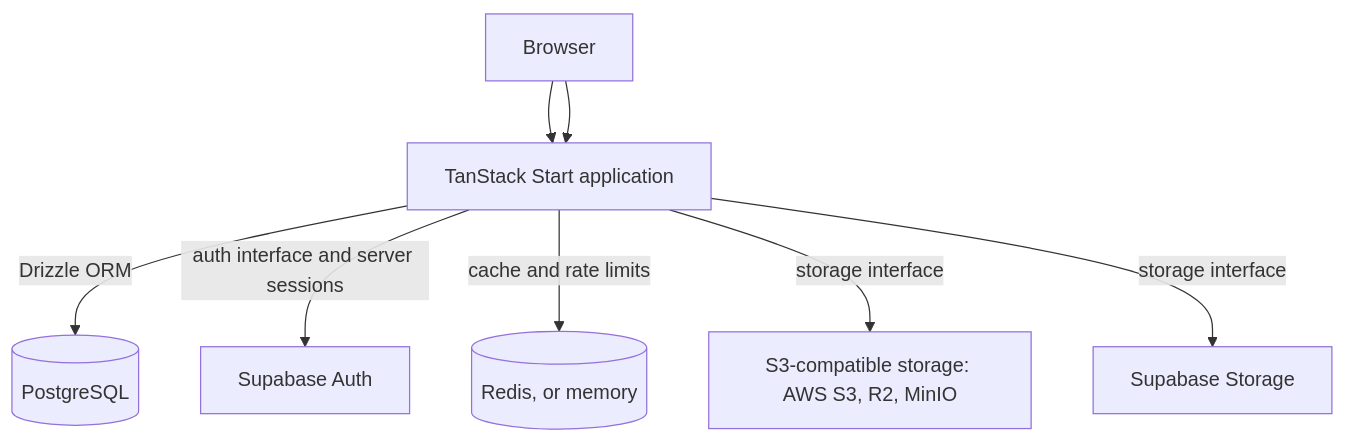
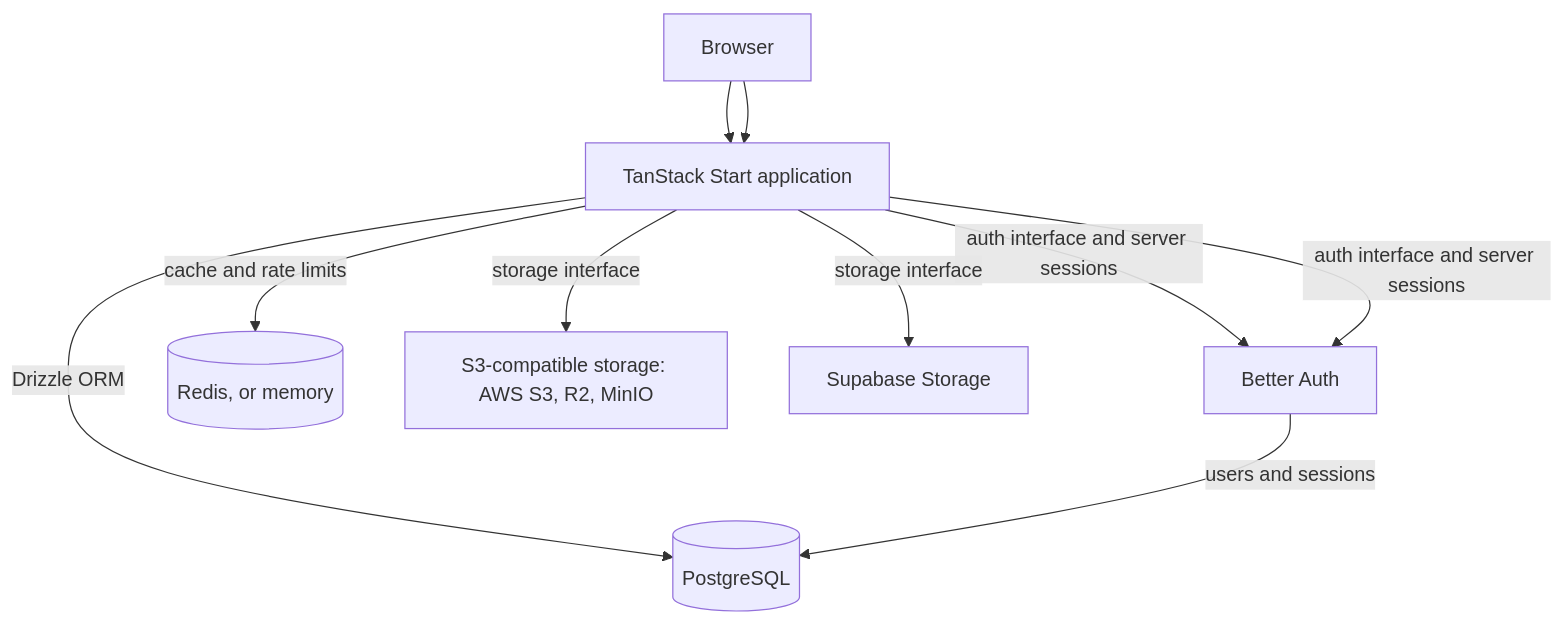
Before and after one commit to yassine-ahmed/clubedge-starter: the diagram in README.md, drawn with Mermaid. The commit also changed other lines of this file and 28 other files, not shown here.

First line of the commit message:
feat: add Better Auth as an authentication module

````diff
--- a/README.md
+++ b/README.md
@@ -30,22 +31,26 @@
 ```mermaid
 flowchart TB
   %% clubedge:if framework=next
   Browser --> App[Next.js application]
   %% clubedge:end
   %% clubedge:if framework=tanstack-start
   Browser --> App[TanStack Start application]
   %% clubedge:end
   App -->|Drizzle ORM| DB[(PostgreSQL)]
   %% clubedge:if auth=supabase
   App -->|auth interface and server sessions| Auth[Supabase Auth]
   %% clubedge:end
+  %% clubedge:if auth=better-auth
+  App -->|auth interface and server sessions| Auth[Better Auth]
+  Auth -->|users and sessions| DB
+  %% clubedge:end
   %% clubedge:if cache=redis
   App -->|cache and rate limits| Redis[(Redis, or memory)]
   %% clubedge:end
   %% clubedge:if storage=s3
   App -->|storage interface| S3[S3-compatible storage: AWS S3, R2, MinIO]
   %% clubedge:end
   %% clubedge:if storage=supabase
   App -->|storage interface| SupabaseStorage[Supabase Storage]
   %% clubedge:end
 ```
````
